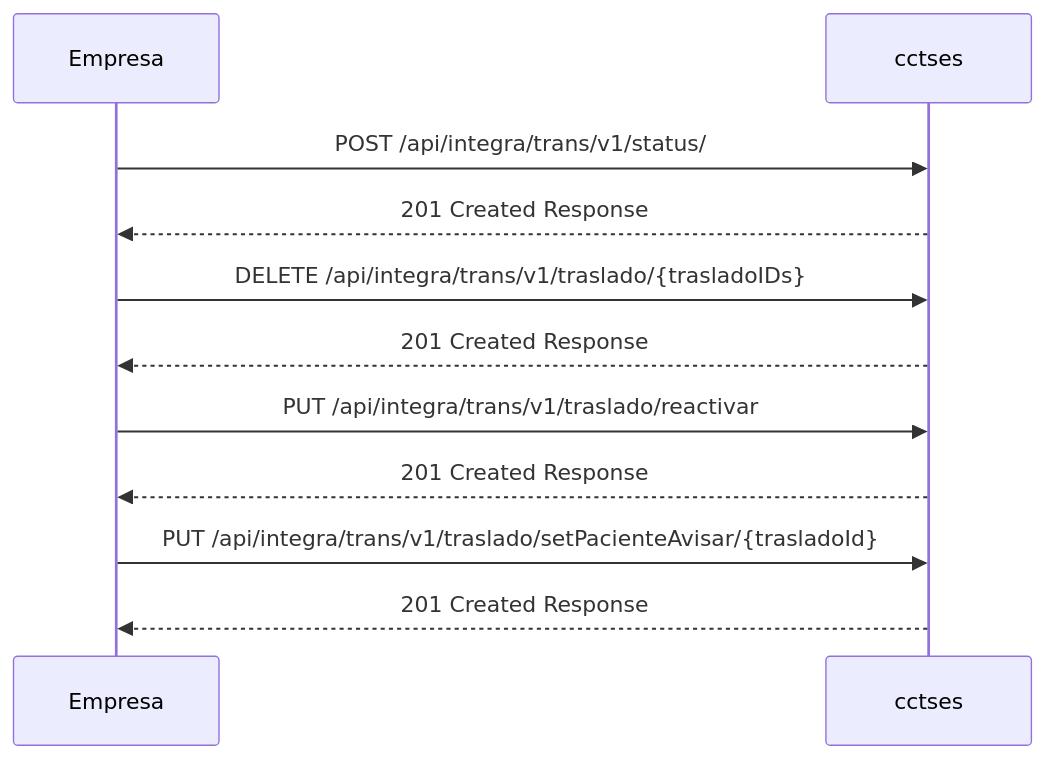
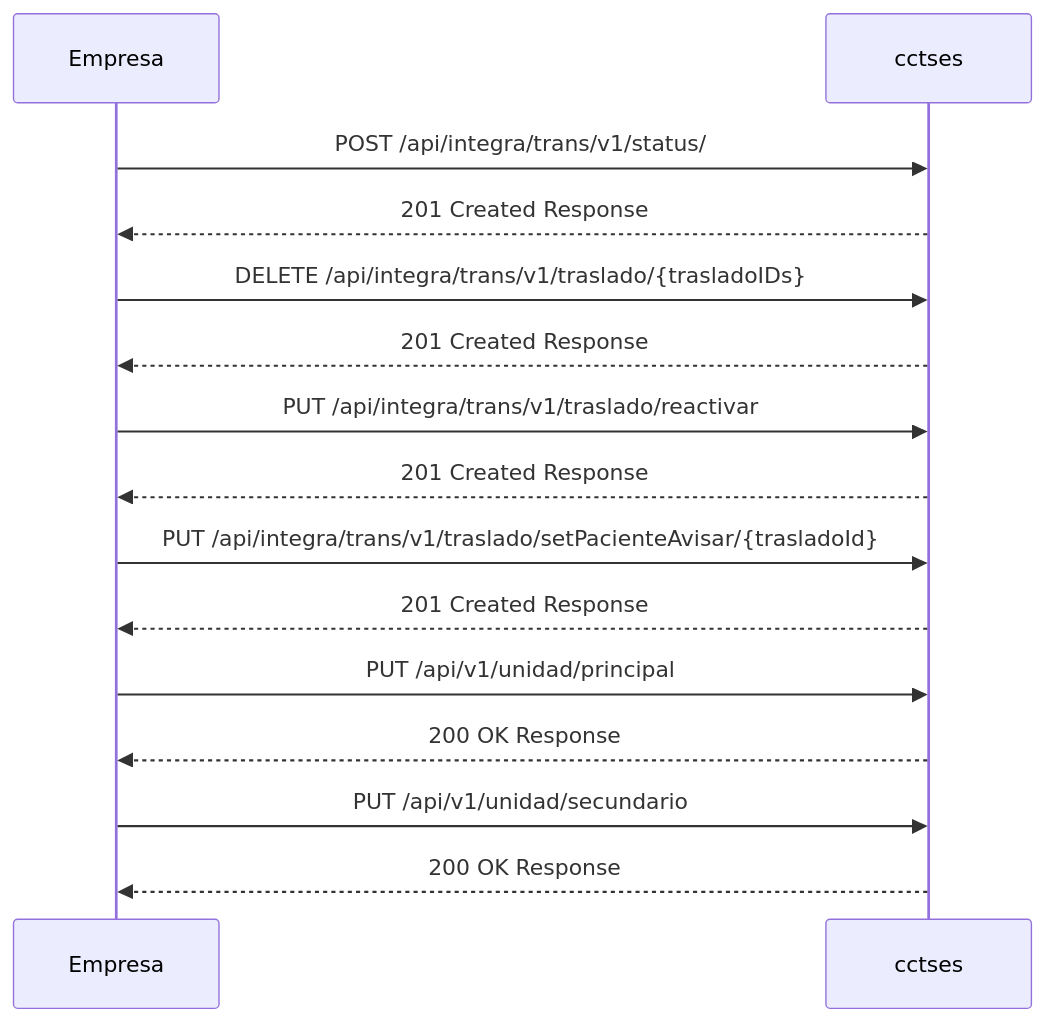
Before and after one commit to phevositc/cctses_integra: the diagram in docs/versions/1.6/CircuitoA/circuitoA-doc.md, drawn with Mermaid. The commit also changed other lines of this file and 4 other files, not shown here.

Commit message:
Update Circuito A and B documentation: add new API operations for unidad principal and secundario, remove deprecated operations, and clarify changes in integration guide.

````diff
--- a/docs/versions/1.6/CircuitoA/circuitoA-doc.md
+++ b/docs/versions/1.6/CircuitoA/circuitoA-doc.md
@@ -13,22 +13,31 @@
 ```mermaid
 sequenceDiagram
     %% Participantes (izquierda a derecha)
     participant Empresa
     participant cctses
 
     %% 1) POST status
     Empresa->>cctses: POST /api/integra/trans/v1/status/
     cctses-->>Empresa: 201 Created Response
 
     %% 2) DELETE traslado/{trasladoIDs}
     Empresa->>cctses: DELETE /api/integra/trans/v1/traslado/{trasladoIDs}
     cctses-->>Empresa: 201 Created Response
 
     %% 3) PUT traslado/reactivar
     Empresa->>cctses: PUT /api/integra/trans/v1/traslado/reactivar
     cctses-->>Empresa: 201 Created Response
 
     %% 4) PUT traslado/setPacienteAvisar/{trasladoId}
     Empresa->>cctses: PUT /api/integra/trans/v1/traslado/setPacienteAvisar/{trasladoId}
     cctses-->>Empresa: 201 Created Response
+
+    %% 13) PUT /api/v1/unidad/principal
+    Empresa->>cctses: PUT /api/v1/unidad/principal
+    cctses-->>Empresa: 200 OK Response
+
+    %% 14) PUT /api/v1/unidad/secundario
+    Empresa->>cctses: PUT /api/v1/unidad/secundario
+    cctses-->>Empresa: 200 OK Response
+    
 ```
````
